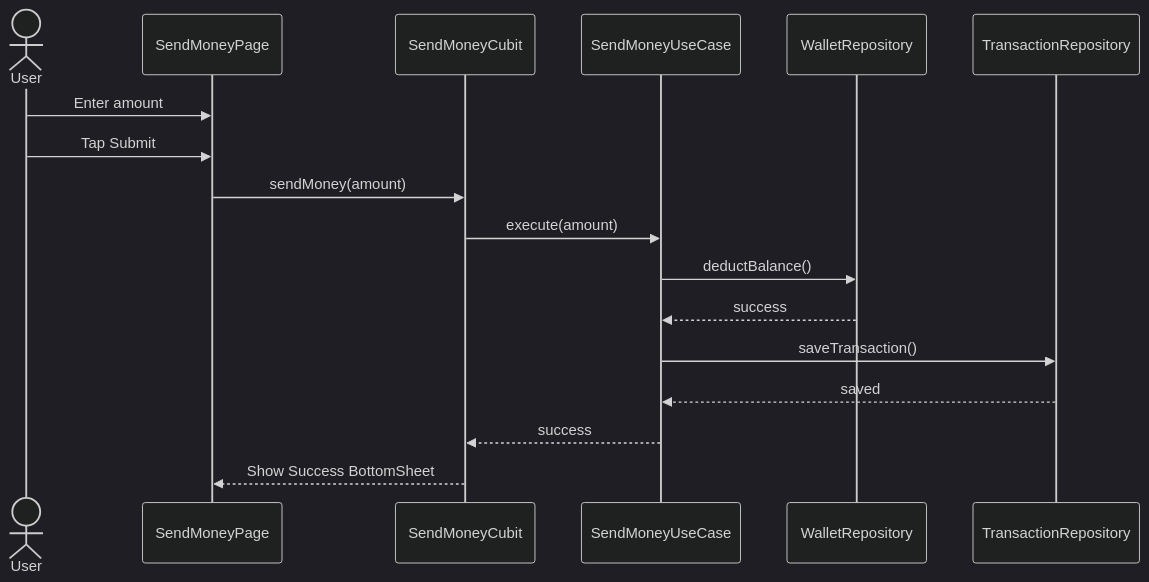
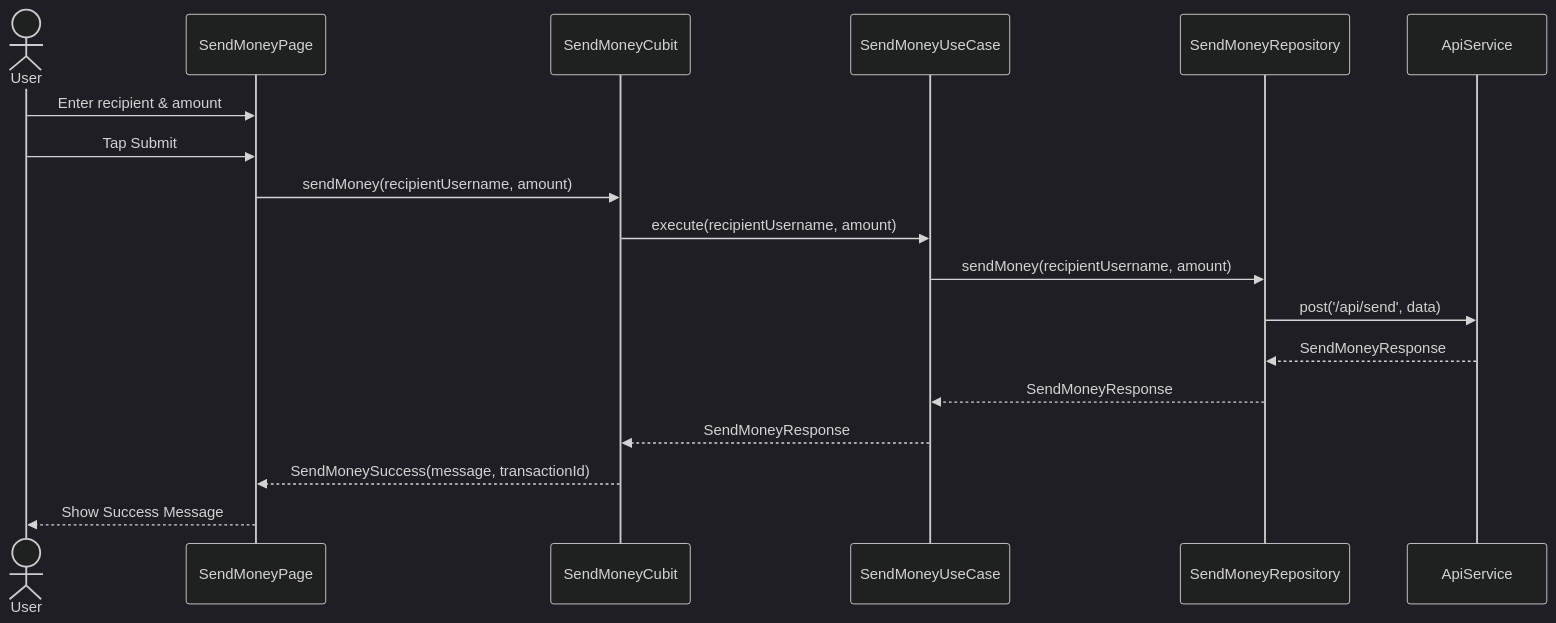
One commit to kngrnr/send-money-app changed the diagram in docs/sequences/send-money-sequence.md. Above: the diagram before and after it, drawn with Mermaid (dark theme). The commit also changed 5 other files, not shown here.

````diff
--- a/docs/sequences/send-money-sequence.md
+++ b/docs/sequences/send-money-sequence.md
@@ -1,24 +1,24 @@
 ```mermaid
 sequenceDiagram
     actor User
     participant SendMoneyPage
     participant SendMoneyCubit
     participant SendMoneyUseCase
-    participant WalletRepository
-    participant TransactionRepository
+    participant SendMoneyRepository
+    participant ApiService
 
-    User ->> SendMoneyPage: Enter amount
+    User ->> SendMoneyPage: Enter recipient & amount
     User ->> SendMoneyPage: Tap Submit
-    SendMoneyPage ->> SendMoneyCubit: sendMoney(amount)
-    SendMoneyCubit ->> SendMoneyUseCase: execute(amount)
+    SendMoneyPage ->> SendMoneyCubit: sendMoney(recipientUsername, amount)
+    SendMoneyCubit ->> SendMoneyUseCase: execute(recipientUsername, amount)
 
-    SendMoneyUseCase ->> WalletRepository: deductBalance()
-    WalletRepository -->> SendMoneyUseCase: success
+    SendMoneyUseCase ->> SendMoneyRepository: sendMoney(recipientUsername, amount)
+    SendMoneyRepository ->> ApiService: post('/api/send', data)
+    ApiService -->> SendMoneyRepository: SendMoneyResponse
+    SendMoneyRepository -->> SendMoneyUseCase: SendMoneyResponse
 
-    SendMoneyUseCase ->> TransactionRepository: saveTransaction()
-    TransactionRepository -->> SendMoneyUseCase: saved
-
-    SendMoneyUseCase -->> SendMoneyCubit: success
-    SendMoneyCubit -->> SendMoneyPage: Show Success BottomSheet
+    SendMoneyUseCase -->> SendMoneyCubit: SendMoneyResponse
+    SendMoneyCubit -->> SendMoneyPage: SendMoneySuccess(message, transactionId)
+    SendMoneyPage -->> User: Show Success Message
     
 ```
````
